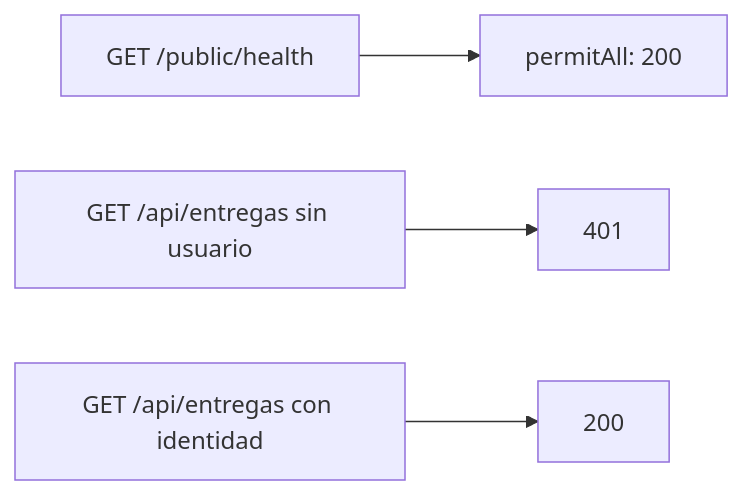
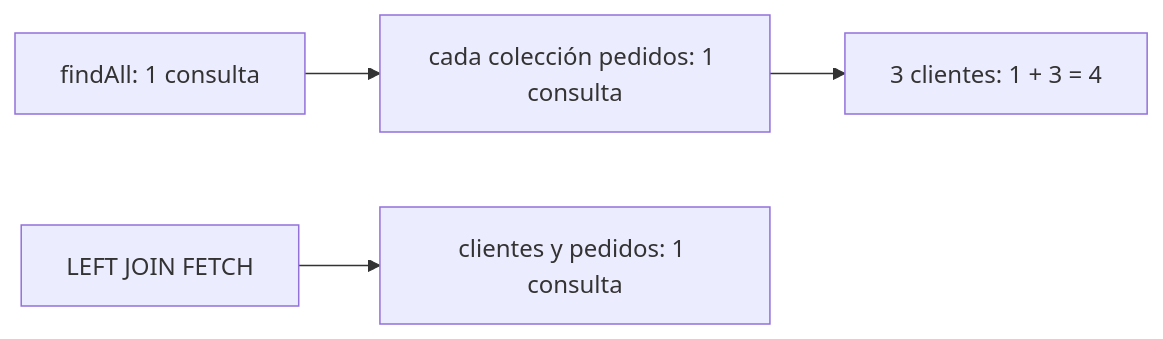
The second of 4 diagrams in web/public/content/spring-boot/modulo-4.md (NICORUIZ93/The_Imperial_Book), drawn with Mermaid before and after one commit. The commit also changed other lines of this file and 125 other files, not shown here.

````diff
--- a/web/public/content/spring-boot/modulo-4.md
+++ b/web/public/content/spring-boot/modulo-4.md
@@ -18,6 +200,6 @@
 ```mermaid
 flowchart LR
-  A["GET /public/health"] --> B["permitAll: 200"]
-  C["GET /api/entregas sin usuario"] --> D["401"]
-  E["GET /api/entregas con identidad"] --> F["200"]
+  A["findAll: 1 consulta"] --> B["cada colección pedidos: 1 consulta"]
+  B --> C["3 clientes: 1 + 3 = 4"]
+  D["LEFT JOIN FETCH"] --> E["clientes y pedidos: 1 consulta"]
 ```
````
